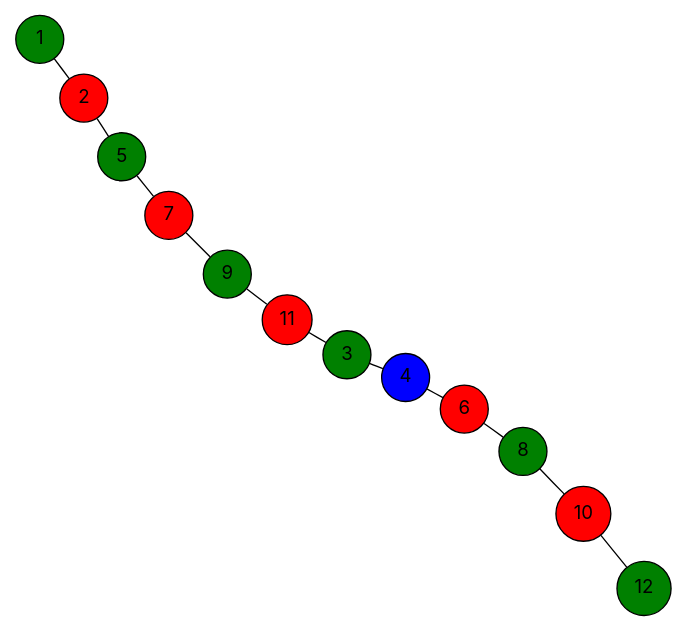
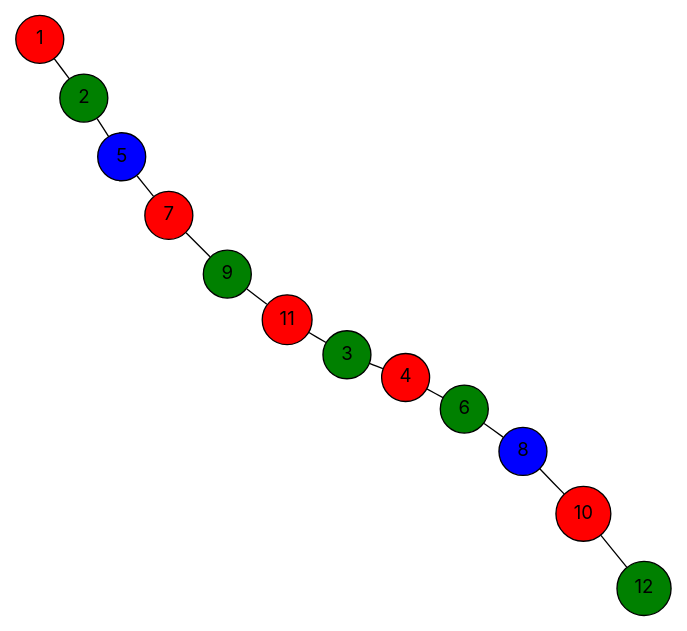
Before and after one commit to vercah/vertex-coloring: the diagram in data/final-dots/easy-06-parallel.dot, drawn with Graphviz. The commit also changed 113 other files, not shown here.

```diff
--- a/data/final-dots/easy-06-parallel.dot
+++ b/data/final-dots/easy-06-parallel.dot
@@ -1,29 +1,29 @@
 graph G {
   layout=neato;
   overlap=false;
   splines=true;
   node [shape=circle, style=filled, fontname=Inter];
-  1 [label="1", fillcolor="green", tooltip="v1 color 1"];
-  2 [label="2", fillcolor="red", tooltip="v2 color 0"];
+  1 [label="1", fillcolor="red", tooltip="v1 color 0"];
+  2 [label="2", fillcolor="green", tooltip="v2 color 1"];
   3 [label="3", fillcolor="green", tooltip="v3 color 1"];
-  4 [label="4", fillcolor="blue", tooltip="v4 color 2"];
-  5 [label="5", fillcolor="green", tooltip="v5 color 1"];
-  6 [label="6", fillcolor="red", tooltip="v6 color 0"];
+  4 [label="4", fillcolor="red", tooltip="v4 color 0"];
+  5 [label="5", fillcolor="blue", tooltip="v5 color 2"];
+  6 [label="6", fillcolor="green", tooltip="v6 color 1"];
   7 [label="7", fillcolor="red", tooltip="v7 color 0"];
-  8 [label="8", fillcolor="green", tooltip="v8 color 1"];
+  8 [label="8", fillcolor="blue", tooltip="v8 color 2"];
   9 [label="9", fillcolor="green", tooltip="v9 color 1"];
   10 [label="10", fillcolor="red", tooltip="v10 color 0"];
   11 [label="11", fillcolor="red", tooltip="v11 color 0"];
   12 [label="12", fillcolor="green", tooltip="v12 color 1"];
   1 -- 2;
   2 -- 5;
   3 -- 4;
   3 -- 11;
   4 -- 6;
   5 -- 7;
   6 -- 8;
   7 -- 9;
   8 -- 10;
   9 -- 11;
   10 -- 12;
 }
```
